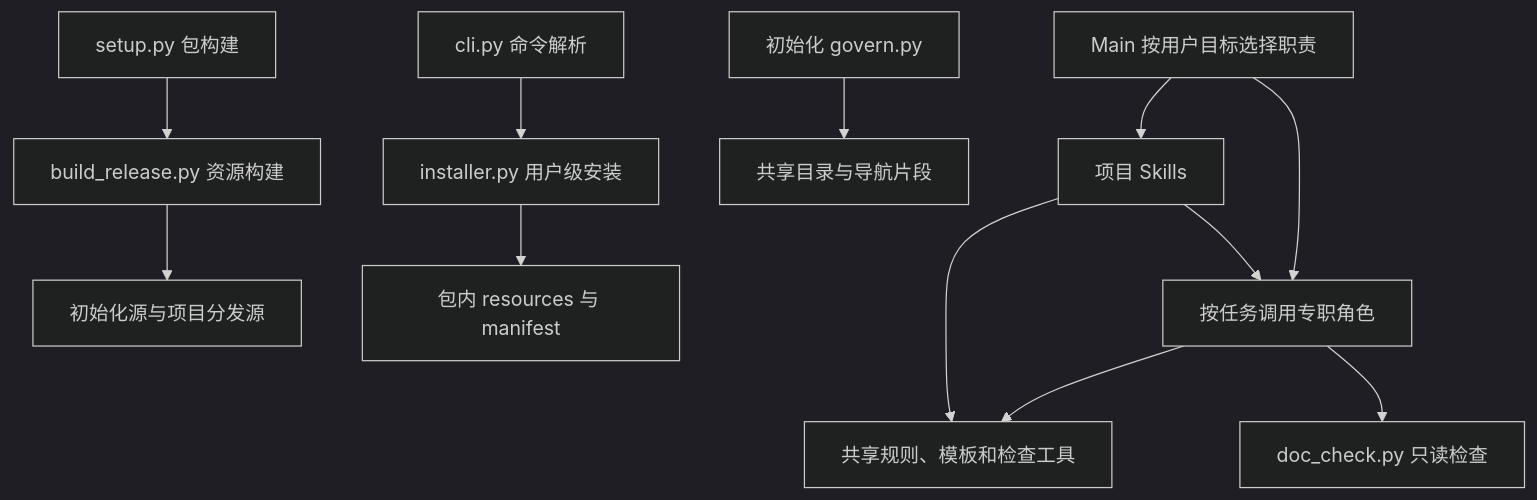
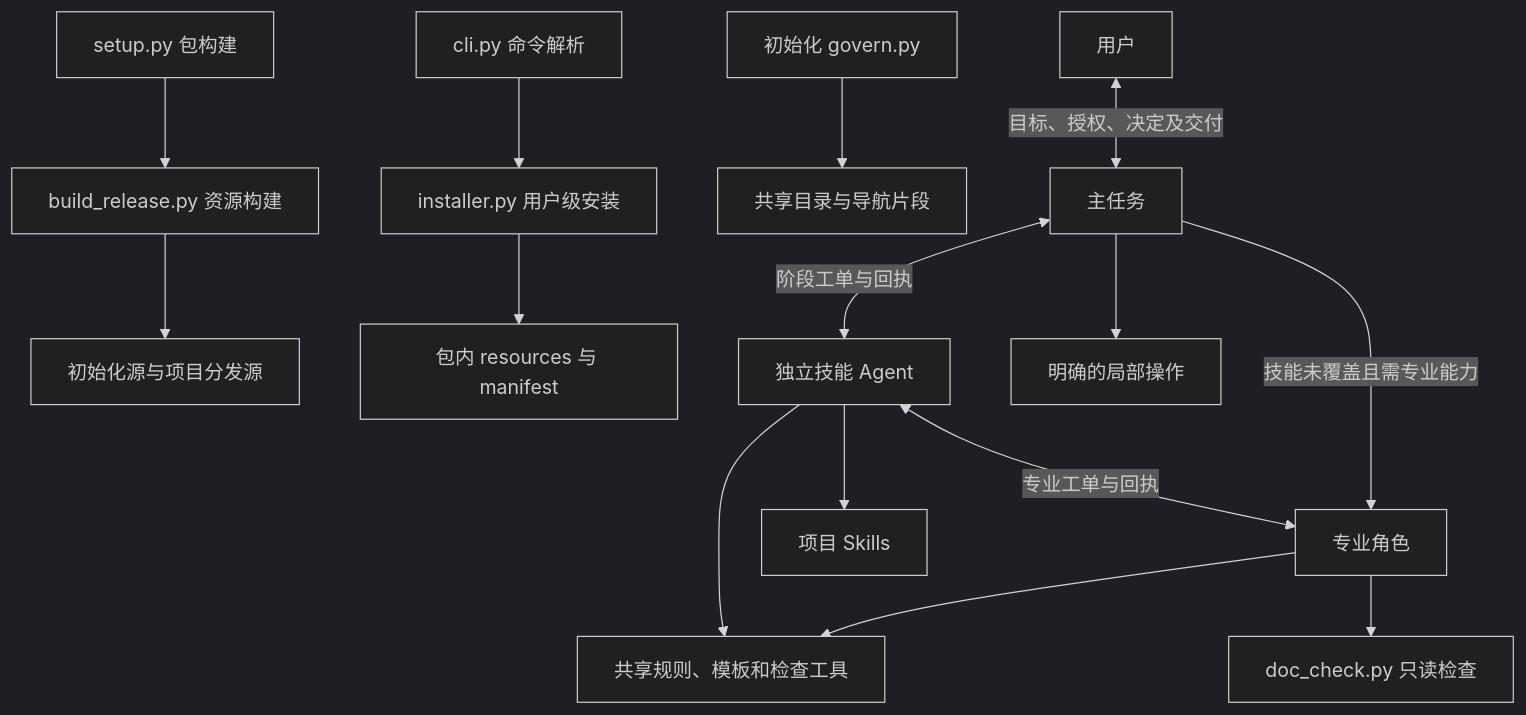
Before and after one commit to bigsmartben/sdd-init: the third of 3 diagrams in docs/blueprint.md, drawn with Mermaid (dark theme). The commit also changed other lines of this file and 701 other files, not shown here.

````diff
--- a/docs/blueprint.md
+++ b/docs/blueprint.md
@@ -120,14 +132,17 @@
 ```mermaid
 flowchart TD
   Package[setup.py 包构建] --> Build[build_release.py 资源构建]
   Build --> Sources[初始化源与项目分发源]
   CLI[cli.py 命令解析] --> Installer[installer.py 用户级安装]
   Installer --> Resources[包内 resources 与 manifest]
   Govern[初始化 govern.py] --> Bundle[共享目录与导航片段]
-  Main[Main 按用户目标选择职责] --> Skills[项目 Skills]
-  Main --> Roles[按任务调用专职角色]
-  Skills --> Shared[共享规则、模板和检查工具]
-  Skills --> Roles
+  User[用户] <-->|目标、授权、决定及交付| Main[主任务]
+  Main <-->|阶段工单与回执| SkillAgent[独立技能 Agent]
+  SkillAgent <-->|专业工单与回执| Roles[专业角色]
+  Main -->|技能未覆盖且需专业能力| Roles
+  Main --> Local[明确的局部操作]
+  SkillAgent --> Skills[项目 Skills]
+  SkillAgent --> Shared[共享规则、模板和检查工具]
   Roles --> Shared
   Roles --> Check[doc_check.py 只读检查]
 ```
````
